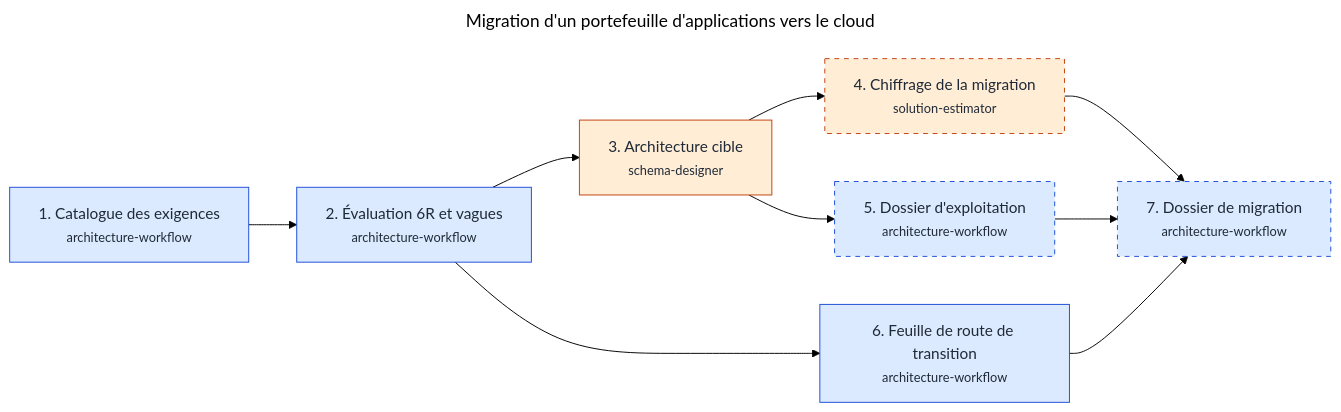
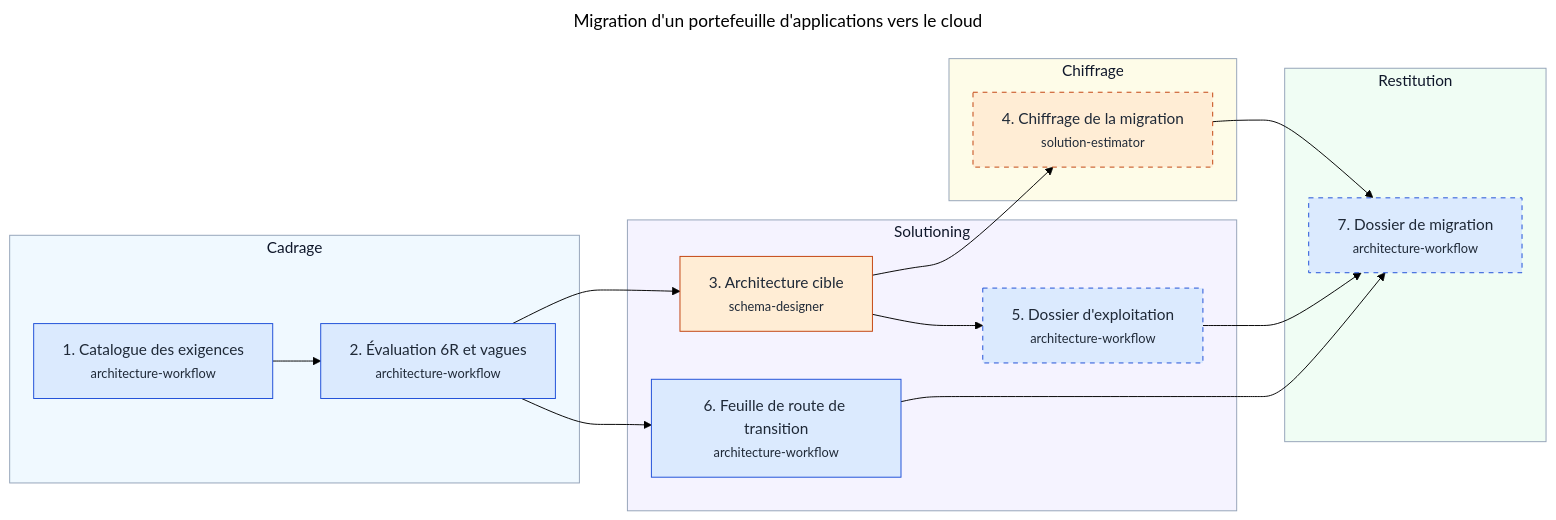
The diagram in docs/workflows/migration-cloud.md (RenaudVanhille/myskills), drawn with Mermaid (forest theme) before and after one commit. The commit also changed other lines of this file and 35 other files, not shown here.

````diff
--- a/docs/workflows/migration-cloud.md
+++ b/docs/workflows/migration-cloud.md
@@ -19,27 +19,42 @@
 ```mermaid
 ---
 title: "Migration d'un portefeuille d'applications vers le cloud"
 ---
 flowchart LR
-  s_exigences["1. Catalogue des exigences<br/><small>architecture-workflow</small>"]
-  s_evaluation["2. Évaluation 6R et vagues<br/><small>architecture-workflow</small>"]
-  s_cible["3. Architecture cible<br/><small>schema-designer</small>"]
-  s_chiffrage["4. Chiffrage de la migration<br/><small>solution-estimator</small>"]
-  s_exploitation["5. Dossier d'exploitation<br/><small>architecture-workflow</small>"]
-  s_feuille_de_route["6. Feuille de route de transition<br/><small>architecture-workflow</small>"]
-  s_dossier["7. Dossier de migration<br/><small>architecture-workflow</small>"]
+  subgraph z_cadrage["Cadrage"]
+    s_exigences["1. Catalogue des exigences<br/><small>architecture-workflow</small>"]
+    s_evaluation["2. Évaluation 6R et vagues<br/><small>architecture-workflow</small>"]
+  end
+  style z_cadrage fill:#f0f9ff,stroke:#94a3b8,color:#0f172a
+  subgraph z_solutioning["Solutioning"]
+    s_cible["3. Architecture cible<br/><small>schema-designer</small>"]
+    s_exploitation["5. Dossier d'exploitation<br/><small>architecture-workflow</small>"]
+    s_feuille_de_route["6. Feuille de route de transition<br/><small>architecture-workflow</small>"]
+  end
+  style z_solutioning fill:#f5f3ff,stroke:#94a3b8,color:#0f172a
+  subgraph z_chiffrage["Chiffrage"]
+    s_chiffrage["4. Chiffrage de la migration<br/><small>solution-estimator</small>"]
+  end
+  style z_chiffrage fill:#fefce8,stroke:#94a3b8,color:#0f172a
+  subgraph z_restitution["Restitution"]
+    s_dossier["7. Dossier de migration<br/><small>architecture-workflow</small>"]
+  end
+  style z_restitution fill:#f0fdf4,stroke:#94a3b8,color:#0f172a
   s_exigences --> s_evaluation
   s_evaluation --> s_cible
   s_cible --> s_chiffrage
   s_cible --> s_exploitation
   s_evaluation --> s_feuille_de_route
   s_chiffrage --> s_dossier
   s_feuille_de_route --> s_dossier
   s_exploitation --> s_dossier
+  s_evaluation ~~~ s_cible
+  s_feuille_de_route ~~~ s_chiffrage
+  s_chiffrage ~~~ s_dossier
   classDef moteur fill:#dbeafe,stroke:#1d4ed8,color:#1f2937
   classDef agent fill:#ffedd5,stroke:#c2410c,color:#1f2937
   classDef facultative stroke-dasharray:5 5
   class s_exigences,s_evaluation,s_exploitation,s_feuille_de_route,s_dossier moteur
   class s_cible,s_chiffrage agent
   class s_chiffrage,s_exploitation,s_dossier facultative
 ```
````
